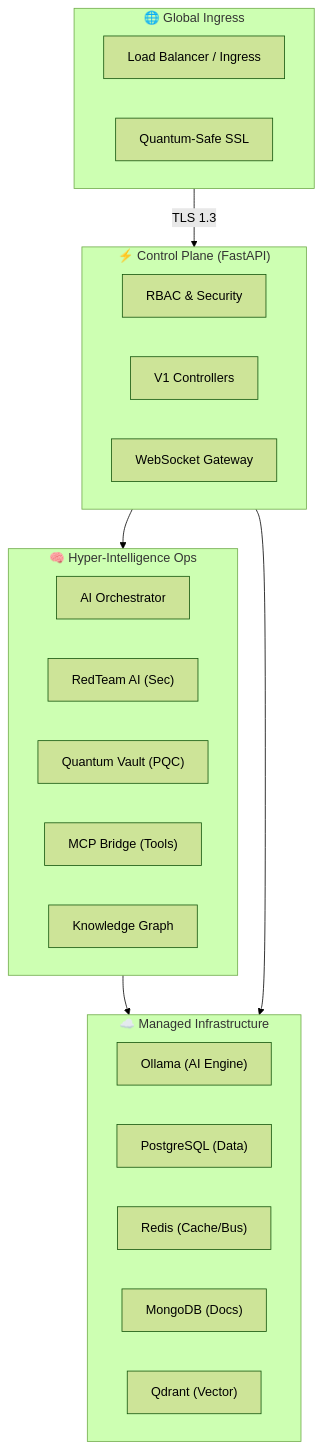
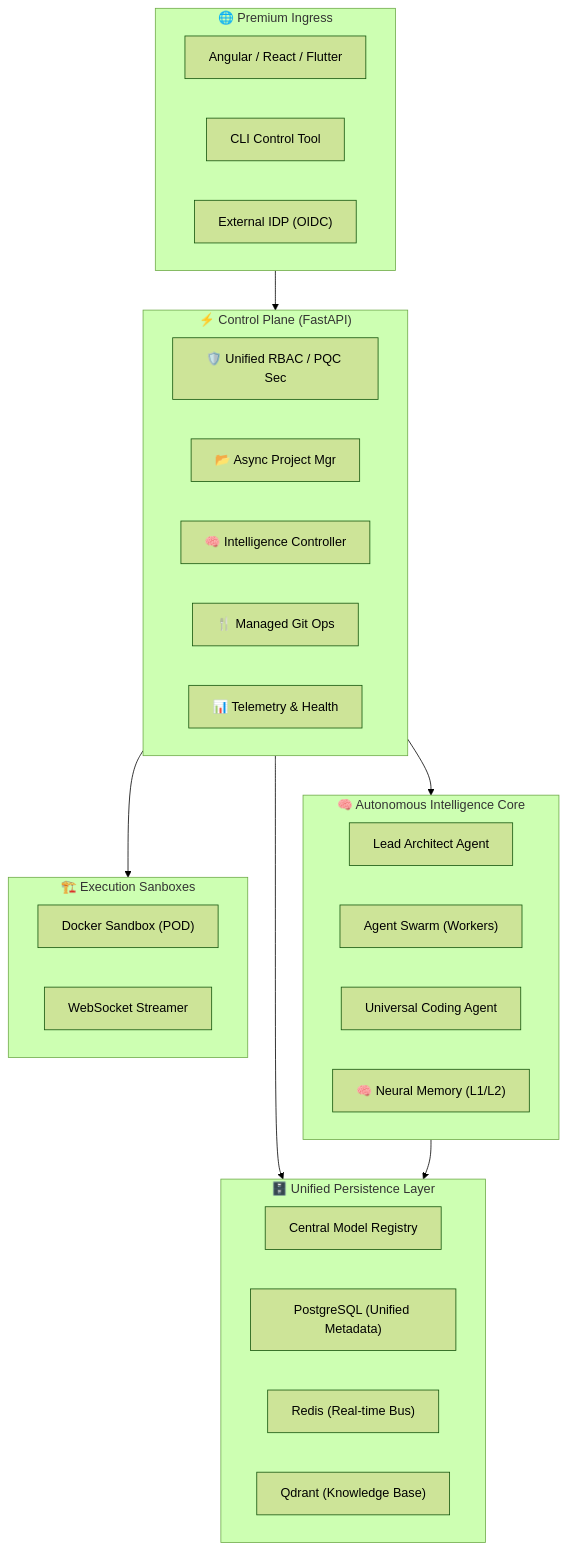
Before and after one commit to MahmoudCalipso/ai-orchestrator: the diagram in README.md, drawn with Mermaid (forest theme). The commit also changed other lines of this file and 28 other files, not shown here.

Commit message:
feat: Introduce a comprehensive set of new API endpoints, DTOs, and database models for core application services.

````diff
--- a/README.md
+++ b/README.md
@@ -17,34 +18,41 @@
 ```mermaid
 graph TD
-    subgraph Ingress_Layer["🌐 Global Ingress"]
-        LB["Load Balancer / Ingress"]
-        SSL["Quantum-Safe SSL"]
+    subgraph Client_Layer["🌐 Premium Ingress"]
+        FE["Angular / React / Flutter"]
+        CLI["CLI Control Tool"]
+        IDP["External IDP (OIDC)"]
     end
 
-    subgraph API_Layer["⚡ Control Plane (FastAPI)"]
-        AUTH["RBAC & Security"]
-        CONT["V1 Controllers"]
-        WS["WebSocket Gateway"]
+    subgraph API_Gateway["⚡ Control Plane (FastAPI)"]
+        AUTH["🛡️ Unified RBAC / PQC Sec"]
+        PROJ["📂 Async Project Mgr"]
+        AI_CNTRL["🧠 Intelligence Controller"]
+        GIT["🍴 Managed Git Ops"]
+        SYS["📊 Telemetry & Health"]
     end
 
-    subgraph Intelligence_Core["🧠 Hyper-Intelligence Ops"]
-        ORCH["AI Orchestrator"]
-        RED["RedTeam AI (Sec)"]
-        QV["Quantum Vault (PQC)"]
-        MCP["MCP Bridge (Tools)"]
-        KG["Knowledge Graph"]
+    subgraph Intelligence_Swarm["🧠 Autonomous Intelligence Core"]
+        ORCH["Lead Architect Agent"]
+        SWARM["Agent Swarm (Workers)"]
+        UNIV["Universal Coding Agent"]
+        MEM["🧠 Neural Memory (L1/L2)"]
     end
 
-    subgraph Infrastructure_Layer["☁️ Managed Infrastructure"]
-        OLLAMA["Ollama (AI Engine)"]
-        PG["PostgreSQL (Data)"]
-        REDIS["Redis (Cache/Bus)"]
-        MONGO["MongoDB (Docs)"]
-        QDRANT["Qdrant (Vector)"]
+    subgraph Persistence_Layer["🗄️ Unified Persistence Layer"]
+        REGISTRY["Central Model Registry"]
+        PG["PostgreSQL (Unified Metadata)"]
+        REDIS["Redis (Real-time Bus)"]
+        VECTOR["Qdrant (Knowledge Base)"]
     end
 
-    Ingress_Layer -->|TLS 1.3| API_Layer
-    API_Layer --> Intelligence_Core
-    Intelligence_Core --> Infrastructure_Layer
-    API_Layer --> Infrastructure_Layer
+    subgraph Runtimes["🏗️ Execution Sanboxes"]
+        POD["Docker Sandbox (POD)"]
+        WS["WebSocket Streamer"]
+    end
+
+    Client_Layer --> API_Gateway
+    API_Gateway --> Intelligence_Swarm
+    API_Gateway --> Persistence_Layer
+    Intelligence_Swarm --> Persistence_Layer
+    API_Gateway --> Runtimes
 ```
````
